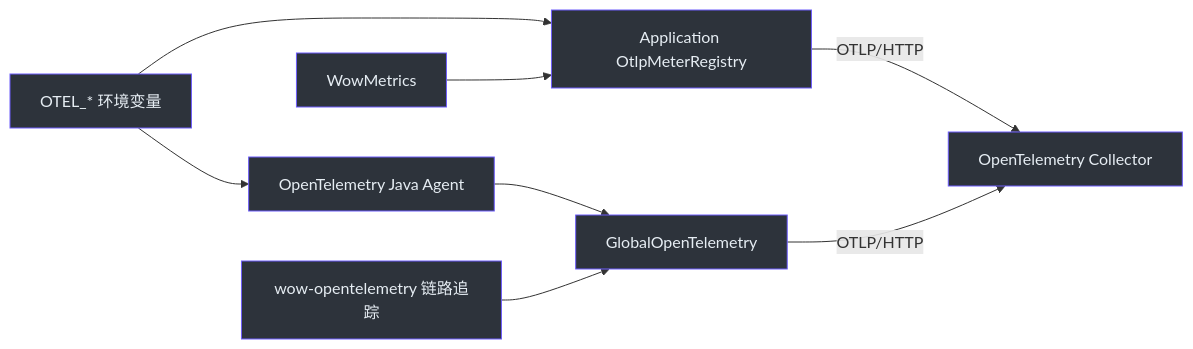
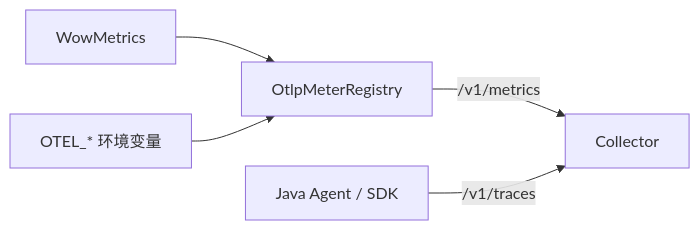
Before and after one commit to Ahoo-Wang/Wow: the diagram in documentation/docs/zh/reference/config/observability.md, drawn with Mermaid. The commit also changed other lines of this file and 166 other files, not shown here.

````diff
--- a/documentation/docs/zh/reference/config/observability.md
+++ b/documentation/docs/zh/reference/config/observability.md
@@ -141,13 +139,7 @@
 ```mermaid
 flowchart LR
-    Env["OTEL_* 环境变量"] --> Otlp["Application OtlpMeterRegistry"]
-    Env --> Agent["OpenTelemetry Java Agent"]
-    Wow["WowMetrics"] --> Otlp
-    Otlp -->|"OTLP/HTTP"| Collector["OpenTelemetry Collector"]
-    Agent --> Global["GlobalOpenTelemetry"]
-    Tracing["wow-opentelemetry 链路追踪"] --> Global
-    Global -->|"OTLP/HTTP"| Collector
-
-    classDef telemetry fill:#2d333b,stroke:#6d5dfc,color:#e6edf3
-    class Env,Otlp,Agent,Wow,Collector,Global,Tracing telemetry
+    Runtime["WowMetrics"] --> Registry["OtlpMeterRegistry"]
+    Env["OTEL_* 环境变量"] --> Registry
+    Registry -->|"/v1/metrics"| Collector["Collector"]
+    Agent["Java Agent / SDK"] -->|"/v1/traces"| Collector
 ```
````
